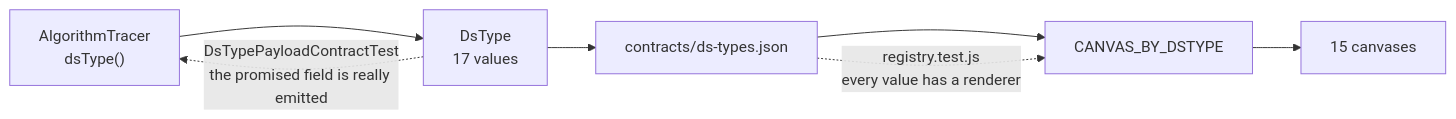
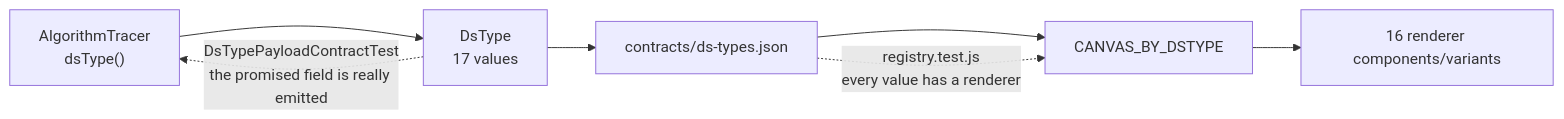
The third of 4 diagrams in ARCHITECTURE.md (Prem-Duvvapu/dsa-with-ui), drawn with Mermaid before and after one commit. The commit also changed other lines of this file and 38 other files, not shown here.

````diff
--- a/ARCHITECTURE.md
+++ b/ARCHITECTURE.md
@@ -111,10 +118,10 @@
 ```mermaid
 flowchart LR
     Tracer["AlgorithmTracer<br/>dsType()"] --> Enum["DsType<br/>17 values"]
     Enum --> Wire["contracts/ds-types.json"]
     Wire --> Reg["CANVAS_BY_DSTYPE"]
-    Reg --> Canvases["15 canvases"]
+    Reg --> Canvases["16 renderer components/variants"]
 
     Enum -.->|"DsTypePayloadContractTest<br/>the promised field is really emitted"| Tracer
     Wire -.->|"registry.test.js<br/>every value has a renderer"| Reg
 ```
````
